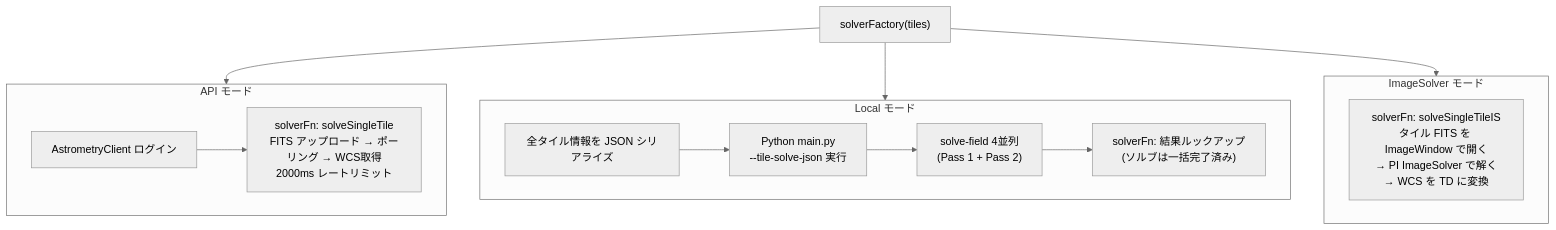
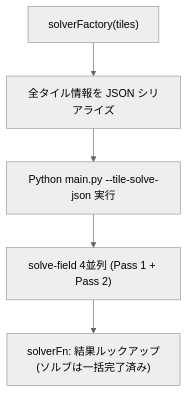
One commit to ysmr3104/split-image-solver changed the fifth of 12 diagrams in docs/specs.md. Above: the diagram before and after it, drawn with Mermaid (neutral theme). The commit also changed other lines of this file, not shown here.

Commit message:
docs: solverFactory のMermaid図をモードごとに縦方向に分離
1つの大きなsubgraph図を3つの独立した縦フロー図に分割し、
各モードの処理ステップが見やすくなるよう改善

````diff
--- a/docs/specs.md
+++ b/docs/specs.md
@@ -114,21 +124,7 @@
 ```mermaid
 flowchart TD
-    F["solverFactory(tiles)"]
-    F --> API
-    F --> Local
-    F --> IS
-
-    subgraph API["API モード"]
-        A1["AstrometryClient ログイン"] --> A2["solverFn: solveSingleTile<br/>FITS アップロード → ポーリング → WCS取得<br/>2000ms レートリミット"]
-    end
-
-    subgraph Local["Local モード"]
-        L1["全タイル情報を JSON シリアライズ"] --> L2["Python main.py<br/>--tile-solve-json 実行"]
-        L2 --> L3["solve-field 4並列<br/>(Pass 1 + Pass 2)"]
-        L3 --> L4["solverFn: 結果ルックアップ<br/>(ソルブは一括完了済み)"]
-    end
-
-    subgraph IS["ImageSolver モード"]
-        I1["solverFn: solveSingleTileIS<br/>タイル FITS を ImageWindow で開く<br/>→ PI ImageSolver で解く<br/>→ WCS を TD に変換"]
-    end
+    L1["solverFactory(tiles)"] --> L2["全タイル情報を JSON シリアライズ"]
+    L2 --> L3["Python main.py --tile-solve-json 実行"]
+    L3 --> L4["solve-field 4並列 (Pass 1 + Pass 2)"]
+    L4 --> L5["solverFn: 結果ルックアップ<br/>(ソルブは一括完了済み)"]
 ```
````
